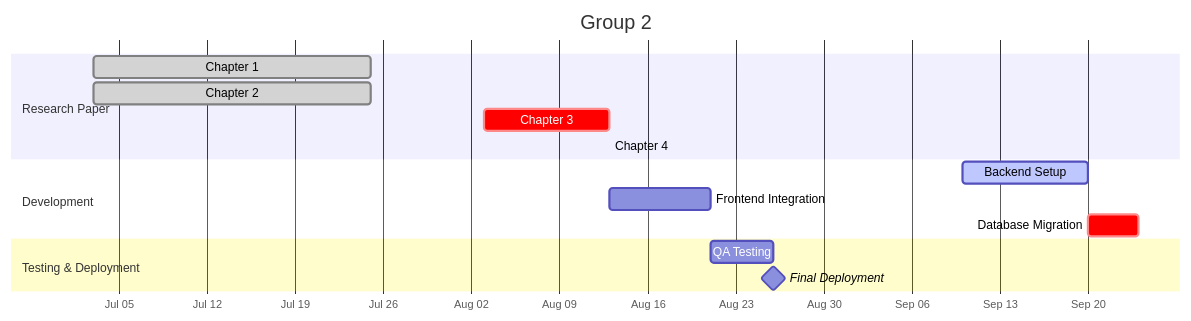
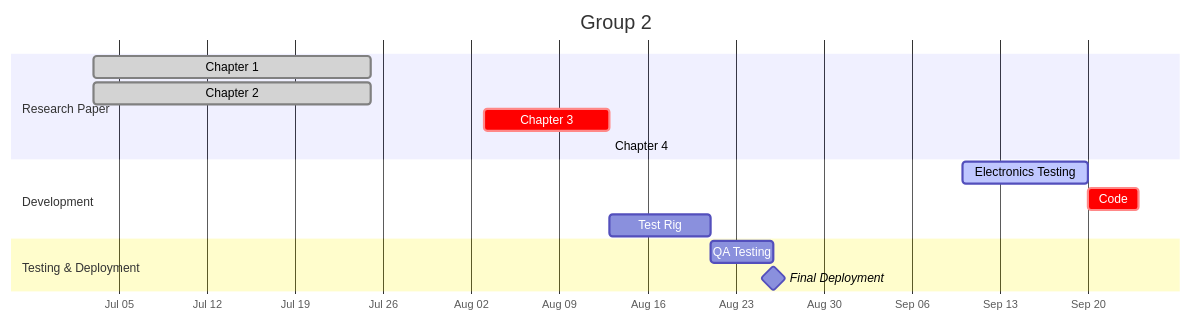
Before and after one commit to mdy-aap/AE-416-Research: the diagram in Group 2/1_gantchart.md, drawn with Mermaid.

````diff
--- a/Group 2/1_gantchart.md
+++ b/Group 2/1_gantchart.md
@@ -1,21 +1,21 @@
 ```mermaid
 gantt
     title Group 2
     dateFormat  YYYY-MM-DD
     axisFormat  %b %d
 
     section Research Paper
     Chapter 1       :done,     des1, 2026-07-03, 2026-07-25
     Chapter 2       :done,     des2, 2026-07-03, 2026-07-25
     Chapter 3       :crit,   des3, 2026-08-03, 10d
     Chapter 4       :active, des4
 
     section Development
-    Backend Setup         :active,  dev1, 2026-09-10, 10d
-    Frontend Integration  :         dev2, after des3, 8d
-    Database Migration    :crit,    dev3, after dev1, 4d
+    Electronics Testing  :active,  dev1, 2026-09-10, 10d
+    Code                 :crit,    dev3, after dev1, 4d
+    Test Rig             :         dev2, after des3, 8d
 
     section Testing & Deployment
     QA Testing            :         qa1,  after dev2, 5d
     Final Deployment      :milestone, m1, after qa1, 0d
 ```
````
